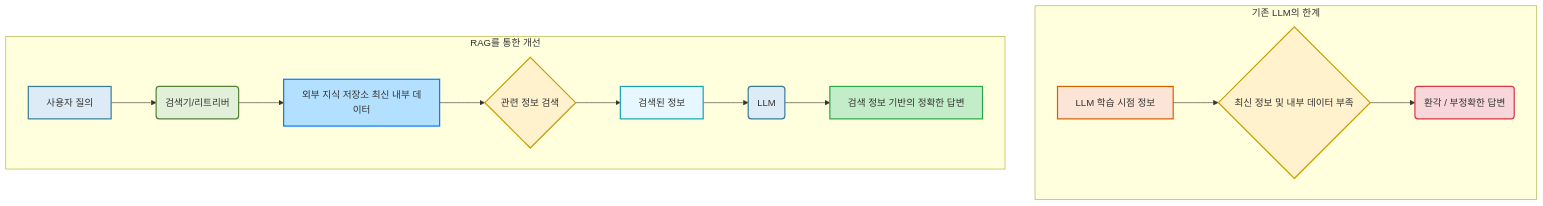
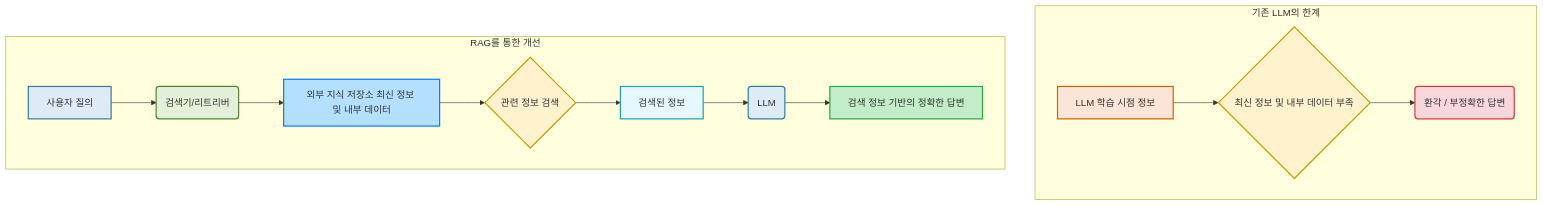
Before and after one commit to postforty/kor-it-langchain-class: the third of 3 diagrams in ch01/sec01/ex01_01.md, drawn with Mermaid. The commit also changed other lines of this file and 2 other files, not shown here.

````diff
--- a/ch01/sec01/ex01_01.md
+++ b/ch01/sec01/ex01_01.md
@@ -172,28 +176,28 @@
 ```mermaid
 graph TD
     subgraph "기존 LLM의 한계"
         A[LLM 학습 시점 정보] --> B{최신 정보 및 내부 데이터 부족};
         B --> C(환각 / 부정확한 답변);
     end
 
     subgraph "RAG를 통한 개선"
         D[사용자 질의] --> E(검색기/리트리버);
-        E --> F[외부 지식 저장소 최신 내부 데이터];
+        E --> F[외부 지식 저장소 최신 정보 및 내부 데이터];
         F --> G{관련 정보 검색};
         G --> H[검색된 정보];
         H --> I(LLM);
         I --> J[검색 정보 기반의 정확한 답변];
     end
 
     style A fill:#FCE4D6,stroke:#D66000,stroke-width:2px;
     style B fill:#FFF2CC,stroke:#C69C00,stroke-width:2px;
     style C fill:#F8D7DA,stroke:#DC3545,stroke-width:2px;
 
     style D fill:#DDEBF7,stroke:#367C9D,stroke-width:2px;
     style E fill:#E2F0D9,stroke:#548235,stroke-width:2px;
     style F fill:#B3E0FF,stroke:#007bff,stroke-width:2px;
     style G fill:#FFF2CC,stroke:#C69C00,stroke-width:2px;
     style H fill:#E6F7FF,stroke:#17A2B8,stroke-width:2px;
     style I fill:#DDEBF7,stroke:#367C9D,stroke-width:2px;
     style J fill:#C3EDC8,stroke:#28A745,stroke-width:2px;
 ```
````
